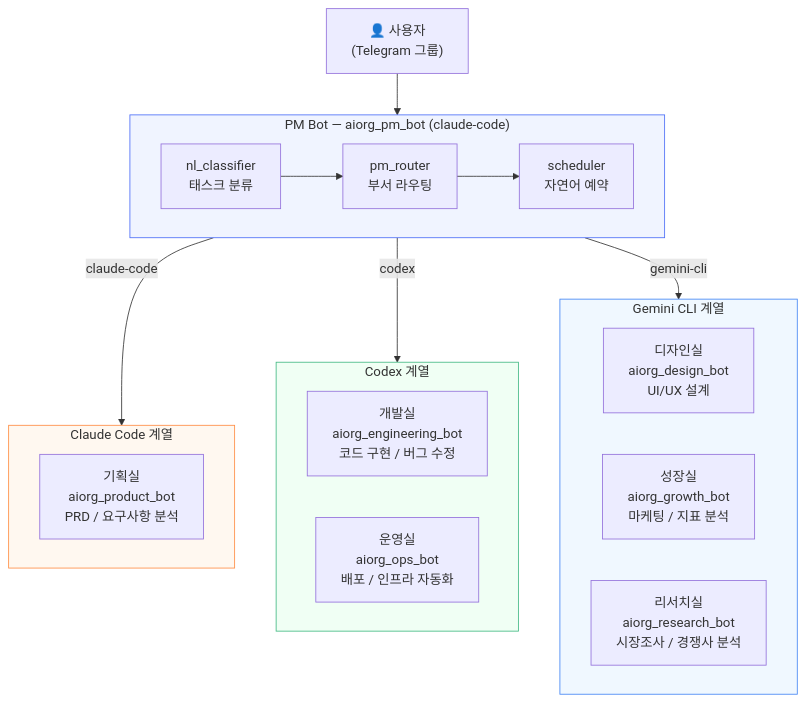
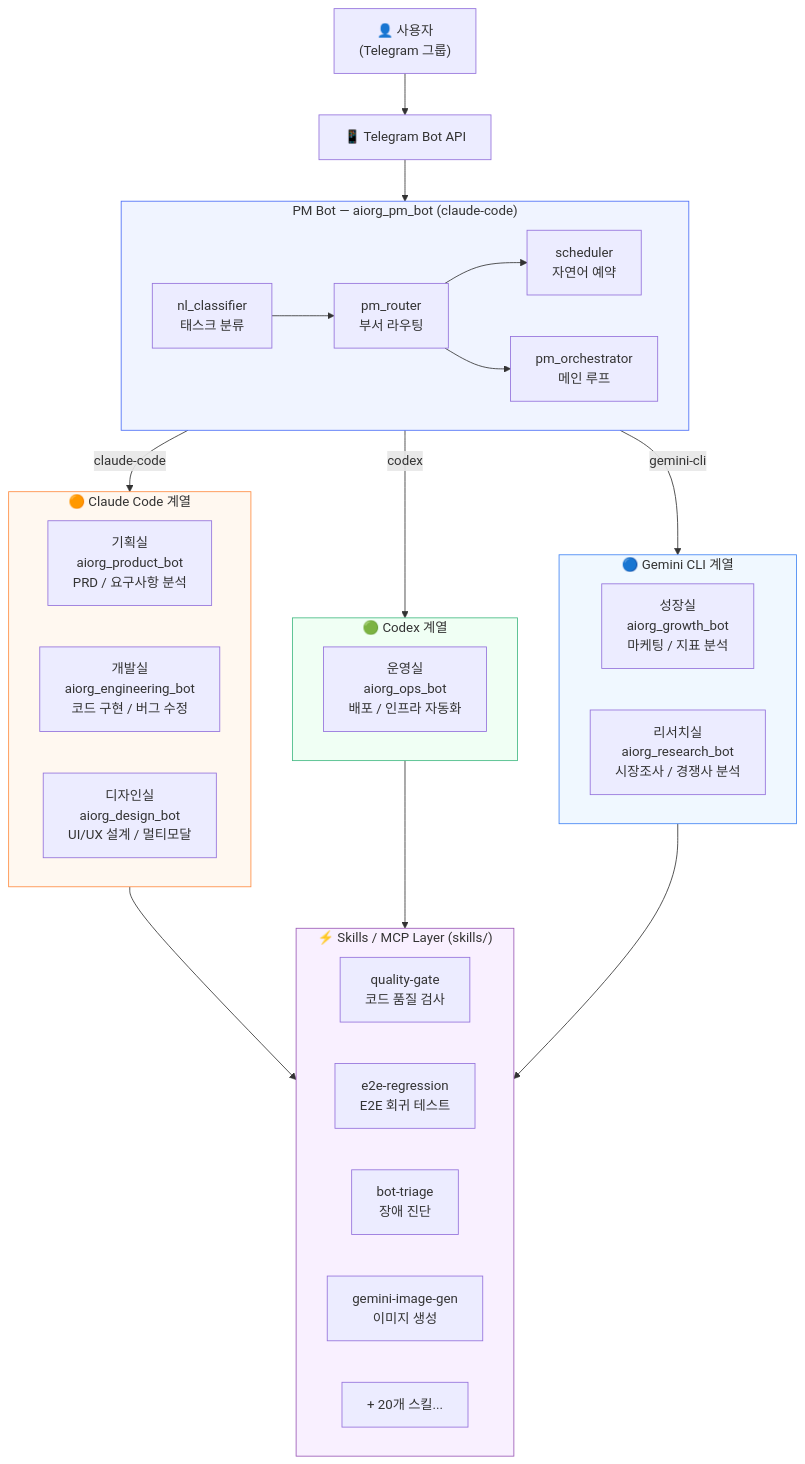
Before and after one commit to dragon1086/telegram-ai-org: the diagram in README.md, drawn with Mermaid. The commit also changed other lines of this file, not shown here.

First line of the commit message:
docs(README): 오픈소스 버전 전면 개편 — 엔진 배정 수정, Mermaid 다이어그램 확장, 배지 개선

````diff
--- a/README.md
+++ b/README.md
@@ -101,34 +108,49 @@
 ```mermaid
 graph TD
-    User["👤 사용자<br/>(Telegram 그룹)"] --> PM
+    User["👤 사용자<br/>(Telegram 그룹)"] --> TG["📱 Telegram Bot API"]
+    TG --> PM
 
     subgraph PM["PM Bot — aiorg_pm_bot (claude-code)"]
         direction LR
         Classifier["nl_classifier<br/>태스크 분류"] --> Router["pm_router<br/>부서 라우팅"]
         Router --> Scheduler["scheduler<br/>자연어 예약"]
+        Router --> Orch["pm_orchestrator<br/>메인 루프"]
     end
 
     PM -->|"claude-code"| ClaudeGroup
     PM -->|"codex"| CodexGroup
     PM -->|"gemini-cli"| GeminiGroup
 
-    subgraph ClaudeGroup["Claude Code 계열"]
+    subgraph ClaudeGroup["🟠 Claude Code 계열"]
         Product["기획실<br/>aiorg_product_bot<br/>PRD / 요구사항 분석"]
+        Engineering["개발실<br/>aiorg_engineering_bot<br/>코드 구현 / 버그 수정"]
+        Design["디자인실<br/>aiorg_design_bot<br/>UI/UX 설계 / 멀티모달"]
     end
 
-    subgraph CodexGroup["Codex 계열"]
-        Engineering["개발실<br/>aiorg_engineering_bot<br/>코드 구현 / 버그 수정"]
+    subgraph CodexGroup["🟢 Codex 계열"]
         Ops["운영실<br/>aiorg_ops_bot<br/>배포 / 인프라 자동화"]
     end
 
-    subgraph GeminiGroup["Gemini CLI 계열"]
-        Design["디자인실<br/>aiorg_design_bot<br/>UI/UX 설계"]
+    subgraph GeminiGroup["🔵 Gemini CLI 계열"]
         Growth["성장실<br/>aiorg_growth_bot<br/>마케팅 / 지표 분석"]
         Research["리서치실<br/>aiorg_research_bot<br/>시장조사 / 경쟁사 분석"]
+    end
+
+    ClaudeGroup --> Skills
+    CodexGroup --> Skills
+    GeminiGroup --> Skills
+
+    subgraph Skills["⚡ Skills / MCP Layer (skills/)"]
+        QG["quality-gate<br/>코드 품질 검사"]
+        E2E["e2e-regression<br/>E2E 회귀 테스트"]
+        BT["bot-triage<br/>장애 진단"]
+        GIG["gemini-image-gen<br/>이미지 생성"]
+        More["+ 20개 스킬..."]
     end
 
     style PM fill:#f0f4ff,stroke:#4a6cf7
     style ClaudeGroup fill:#fff8f0,stroke:#ff8c42
     style CodexGroup fill:#f0fff4,stroke:#42b983
     style GeminiGroup fill:#f0f8ff,stroke:#4285f4
+    style Skills fill:#f9f0ff,stroke:#9b59b6
 ```
````
